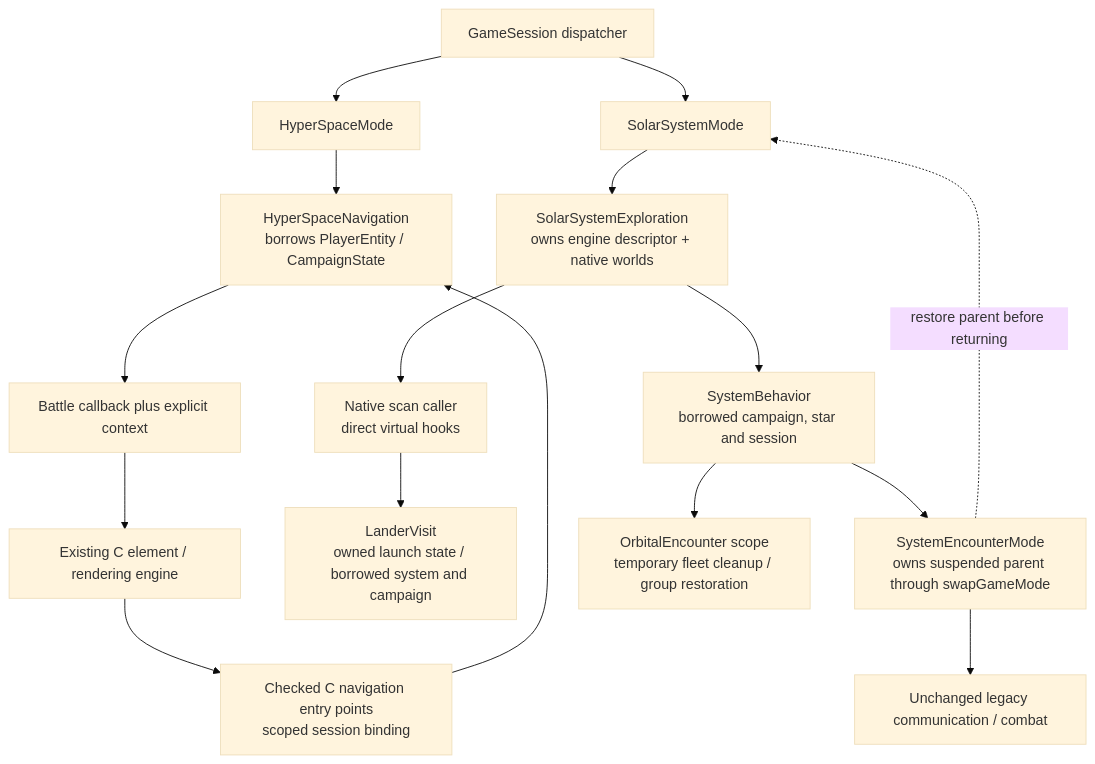
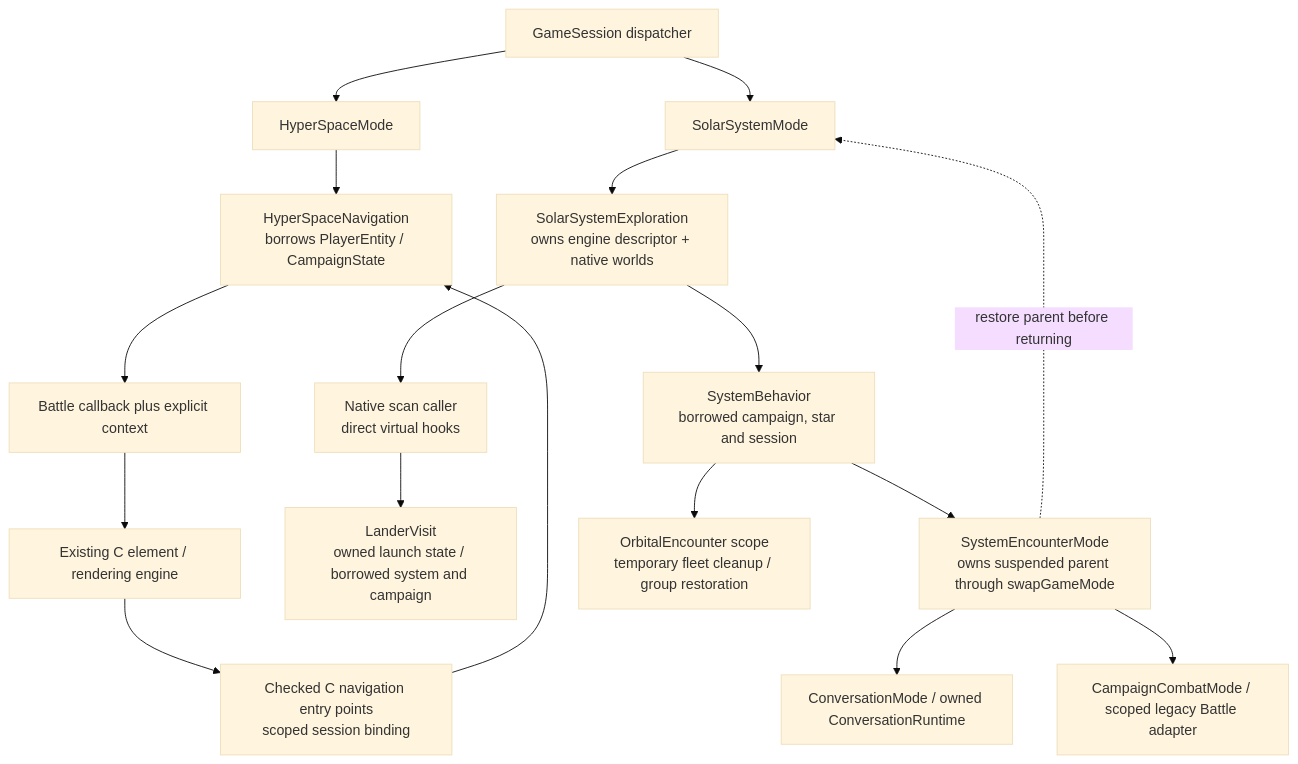
The diagram in docs/design/runtime-encapsulation.md (yost-jacob/uqm-cpp17), drawn with Mermaid (base theme) before and after one commit. The commit also changed other lines of this file and 15 other files, not shown here.

Commit message:
Run campaign combat as an owned child mode and document encapsulation roadmap

````diff
--- a/docs/design/runtime-encapsulation.md
+++ b/docs/design/runtime-encapsulation.md
@@ -6,18 +6,19 @@
 ```mermaid
 flowchart TD
     Session["GameSession dispatcher"] --> Hyper["HyperSpaceMode"]
     Session --> Solar["SolarSystemMode"]
     Hyper --> Nav["HyperSpaceNavigation<br/>borrows PlayerEntity / CampaignState"]
     Nav --> Frame["Battle callback plus explicit context"]
     Frame --> Engine["Existing C element / rendering engine"]
     Engine --> Bind["Checked C navigation entry points<br/>scoped session binding"]
     Bind --> Nav
     Solar --> Explore["SolarSystemExploration<br/>owns engine descriptor + native worlds"]
     Explore --> Rules["SystemBehavior<br/>borrowed campaign, star and session"]
     Explore --> Scan["Native scan caller<br/>direct virtual hooks"]
     Scan --> Lander["LanderVisit<br/>owned launch state / borrowed system and campaign"]
     Rules --> Child["SystemEncounterMode<br/>owns suspended parent through swapGameMode"]
-    Child --> Dialog["Unchanged legacy communication / combat"]
+    Child --> Dialog["ConversationMode / owned ConversationRuntime"]
+    Child --> Combat["CampaignCombatMode / scoped legacy Battle adapter"]
     Child -. restore parent before returning .-> Solar
     Rules --> Fleet["OrbitalEncounter scope<br/>temporary fleet cleanup / group restoration"]
 ```
````
